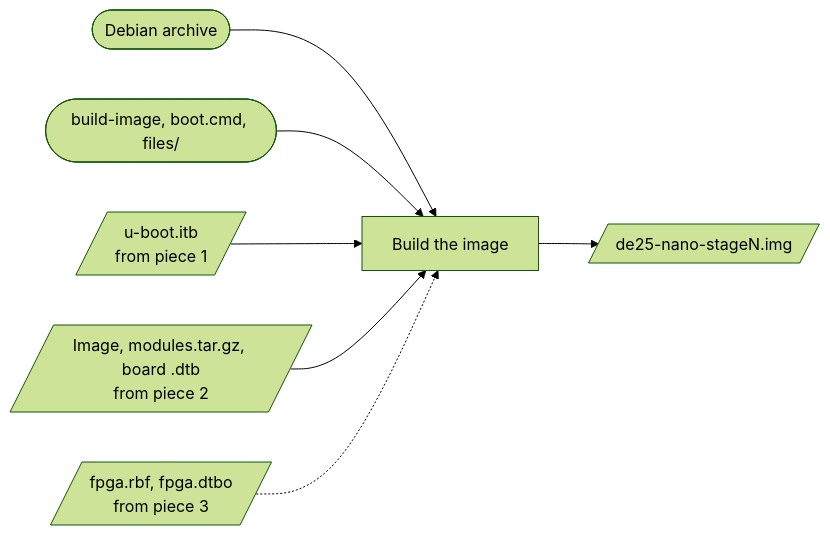
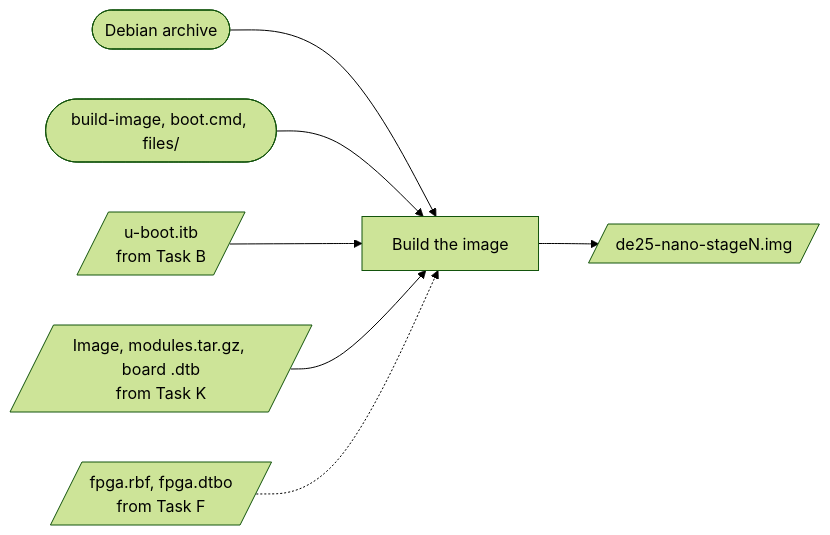
The diagram in sdimage/README.md (jclark/de25-nano-debian), drawn with Mermaid (forest theme) before and after one commit. The commit also changed other lines of this file and 11 other files, not shown here.

First line of the commit message:
Call the four builds tasks, with letters: B (U-Boot), K (kernel), F (FPGA design), I (image)

````diff
--- a/sdimage/README.md
+++ b/sdimage/README.md
@@ -3,9 +3,9 @@
 ```mermaid
 flowchart LR
   deb(["Debian archive"]) --> m["Build the image"]
   s(["build-image, boot.cmd, files/"]) --> m
-  itb[/"u-boot.itb<br/>from piece 1"/] --> m
-  k[/"Image, modules.tar.gz, board .dtb<br/>from piece 2"/] --> m
-  f[/"fpga.rbf, fpga.dtbo<br/>from piece 3"/] -.-> m
+  itb[/"u-boot.itb<br/>from Task B"/] --> m
+  k[/"Image, modules.tar.gz, board .dtb<br/>from Task K"/] --> m
+  f[/"fpga.rbf, fpga.dtbo<br/>from Task F"/] -.-> m
   m --> img[/"de25-nano-stageN.img"/]
 ```
````
